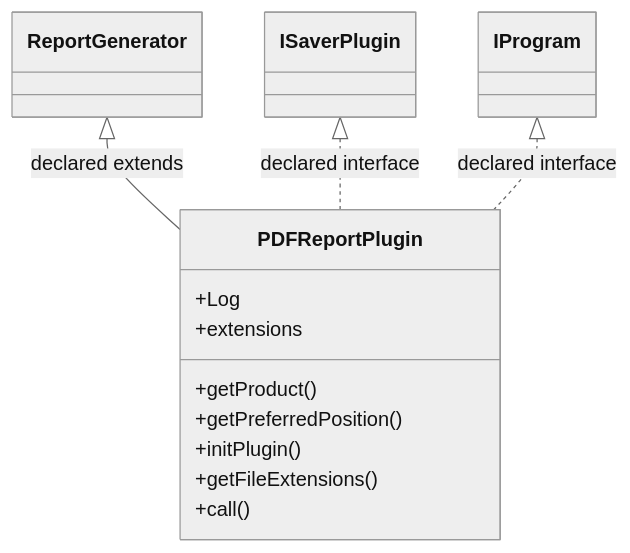
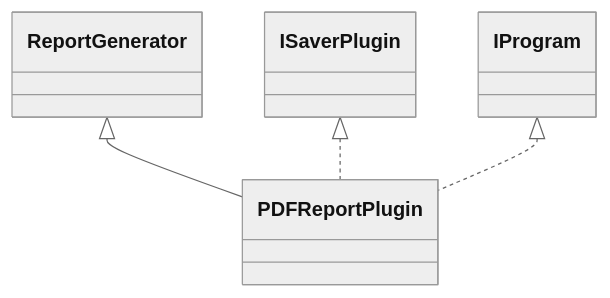
The diagram in docs/sqx/Shared/SaverPDF.md (haruperi/HaruQuantAI), drawn with Mermaid (neutral theme) before and after one commit. The commit also changed other lines of this file and 1688 other files, not shown here.

````diff
--- a/docs/sqx/Shared/SaverPDF.md
+++ b/docs/sqx/Shared/SaverPDF.md
@@ -30,18 +26,10 @@
 ```mermaid
 classDiagram
-    class C1f55e03b3634["PDFReportPlugin"] {
-        +Log
-        +extensions
-        +getProduct()
-        +getPreferredPosition()
-        +initPlugin()
-        +getFileExtensions()
-        +call()
-    }
-    class C1b6b4448b67b["IProgram"]
-    class Cf92bd2a6fb2a["ReportGenerator"]
-    class C28a2142c6554["ISaverPlugin"]
-    Cf92bd2a6fb2a <|-- C1f55e03b3634 : declared extends
-    C28a2142c6554 <|.. C1f55e03b3634 : declared interface
-    C1b6b4448b67b <|.. C1f55e03b3634 : declared interface
+    class C0["PDFReportPlugin"]
+    class E0["ReportGenerator"]
+    E0 <|-- C0
+    class E1["ISaverPlugin"]
+    E1 <|.. C0
+    class E2["IProgram"]
+    E2 <|.. C0
 ```
````
